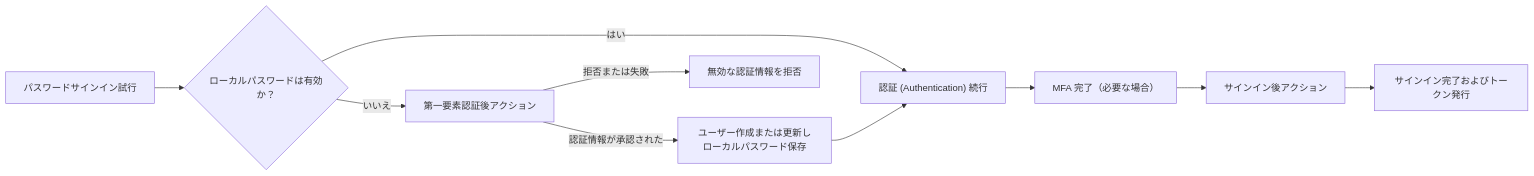
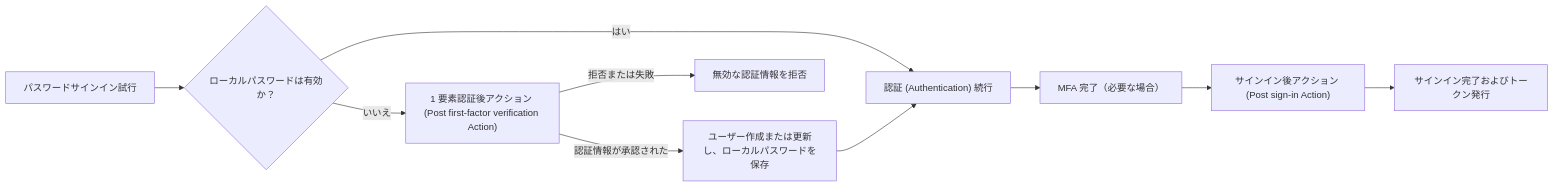
One commit to logto-io/docs changed the diagram in i18n/ja/docusaurus-plugin-content-docs/current/developers/actions/README.mdx. Above: the diagram before and after it, drawn with Mermaid. The commit also changed other lines of this file and 17 other files, not shown here.

````diff
--- a/i18n/ja/docusaurus-plugin-content-docs/current/developers/actions/README.mdx
+++ b/i18n/ja/docusaurus-plugin-content-docs/current/developers/actions/README.mdx
@@ -29,12 +29,12 @@
 ```mermaid
 flowchart LR
   A["パスワードサインイン試行"] --> B{"ローカルパスワードは有効か？"}
   B -->|"はい"| E["認証 (Authentication) 続行"]
-  B -->|"いいえ"| C["第一要素認証後アクション"]
-  C -->|"認証情報が承認された"| D["ユーザー作成または更新しローカルパスワード保存"]
+  B -->|"いいえ"| C["1 要素認証後アクション (Post first-factor verification Action)"]
+  C -->|"認証情報が承認された"| D["ユーザー作成または更新し、ローカルパスワードを保存"]
   C -->|"拒否または失敗"| X["無効な認証情報を拒否"]
   D --> E
   E --> F["MFA 完了（必要な場合）"]
-  F --> G["サインイン後アクション"]
+  F --> G["サインイン後アクション (Post sign-in Action)"]
   G --> H["サインイン完了およびトークン発行"]
 ```
````
